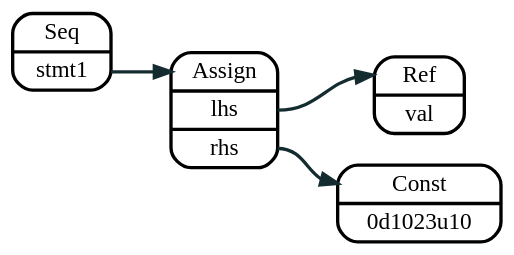
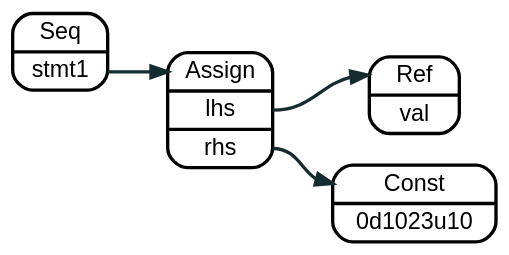
The diagram in source/graphviz/assign_trivial_constant.dot (sakshi15108/lnast-doc), drawn with Graphviz before and after one commit. The commit also changed 3 other files, not shown here.

```diff
--- a/source/graphviz/assign_trivial_constant.dot
+++ b/source/graphviz/assign_trivial_constant.dot
@@ -1,17 +1,19 @@
 digraph assign {
   rankdir=LR
   bgcolor="transparent"
 
-  node [shape=record, style="rounded", penwidth = 2];
-  edge [color="#142b30", arrowhead="normal", penwidth = 2];
+  node [fontname = "helvetica", shape=record, style="rounded", penwidth = 2];
+  edge [fontname = "helvetica", color="#142b30", arrowhead="normal", penwidth = 2];
+  graph [fontname = "helvetica"];
+
 
 
   node0 [label = "<a> Seq    | <s1> stmt1"];
   node1 [label = "<a> Assign | <l> lhs  | <r> rhs"];
   node2 [label = "<a> Ref    | <l> val"];
   node3 [label = "<a> Const  | <l> 0d1023u10"];
 
   node0:s1 -> node1:a;
   node1:l  -> node2:a;
   node1:r  -> node3:a;
 }
```
